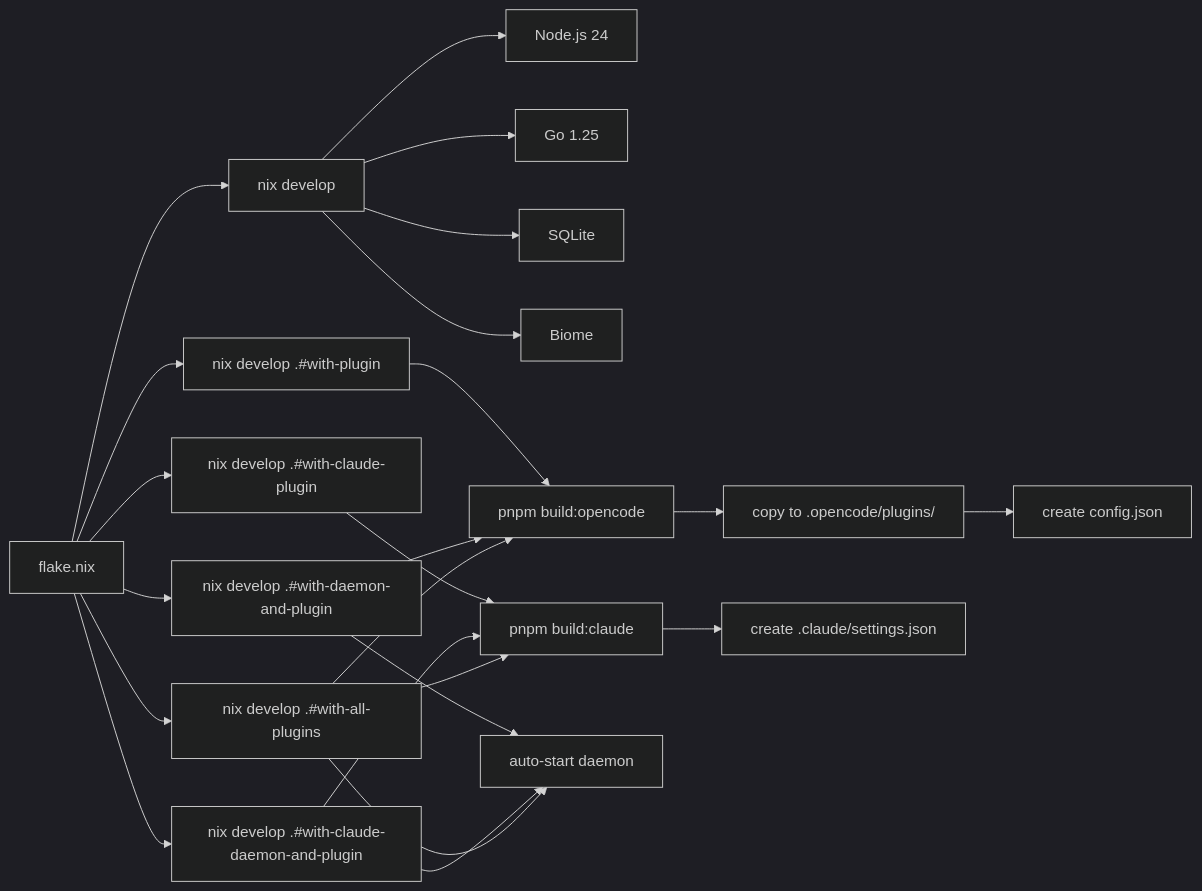
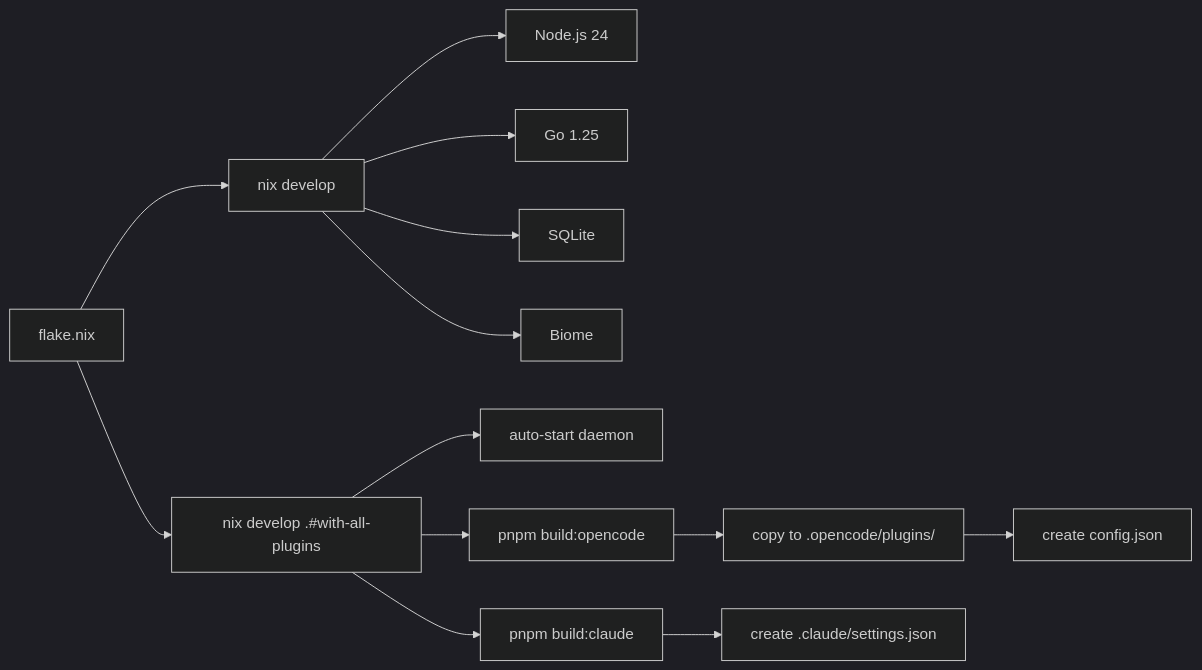
One commit to dxta-dev/clankers changed the diagram in lode/dev-environment.md. Above: the diagram before and after it, drawn with Mermaid (dark theme). The commit also changed other lines of this file and 17 other files, not shown here.

````diff
--- a/lode/dev-environment.md
+++ b/lode/dev-environment.md
@@ -153,25 +148,15 @@
 ```mermaid
 flowchart LR
   Flake[flake.nix] --> Shell[nix develop]
-  Flake --> WithPlugin[nix develop .#with-plugin]
-  Flake --> WithDaemonPlugin[nix develop .#with-daemon-and-plugin]
-  Flake --> WithClaude[nix develop .#with-claude-plugin]
-  Flake --> WithClaudeDaemon[nix develop .#with-claude-daemon-and-plugin]
   Flake --> WithAll[nix develop .#with-all-plugins]
   Shell --> Node[Node.js 24]
   Shell --> Go[Go 1.25]
   Shell --> SQLite[SQLite]
   Shell --> Biome[Biome]
-  WithPlugin --> Build[pnpm build:opencode]
-  Build --> Copy[copy to .opencode/plugins/]
+  WithAll --> AutoDaemon[auto-start daemon]
+  WithAll --> BuildOpenCode[pnpm build:opencode]
+  WithAll --> BuildClaude[pnpm build:claude]
+  BuildOpenCode --> Copy[copy to .opencode/plugins/]
   Copy --> Config[create config.json]
-  WithClaude --> BuildClaude[pnpm build:claude]
   BuildClaude --> ClaudeSettings[create .claude/settings.json]
-  WithDaemonPlugin --> AutoDaemon[auto-start daemon]
-  WithDaemonPlugin --> Build
-  WithClaudeDaemon --> AutoDaemon
-  WithClaudeDaemon --> BuildClaude
-  WithAll --> AutoDaemon
-  WithAll --> Build
-  WithAll --> BuildClaude
 ```
````
